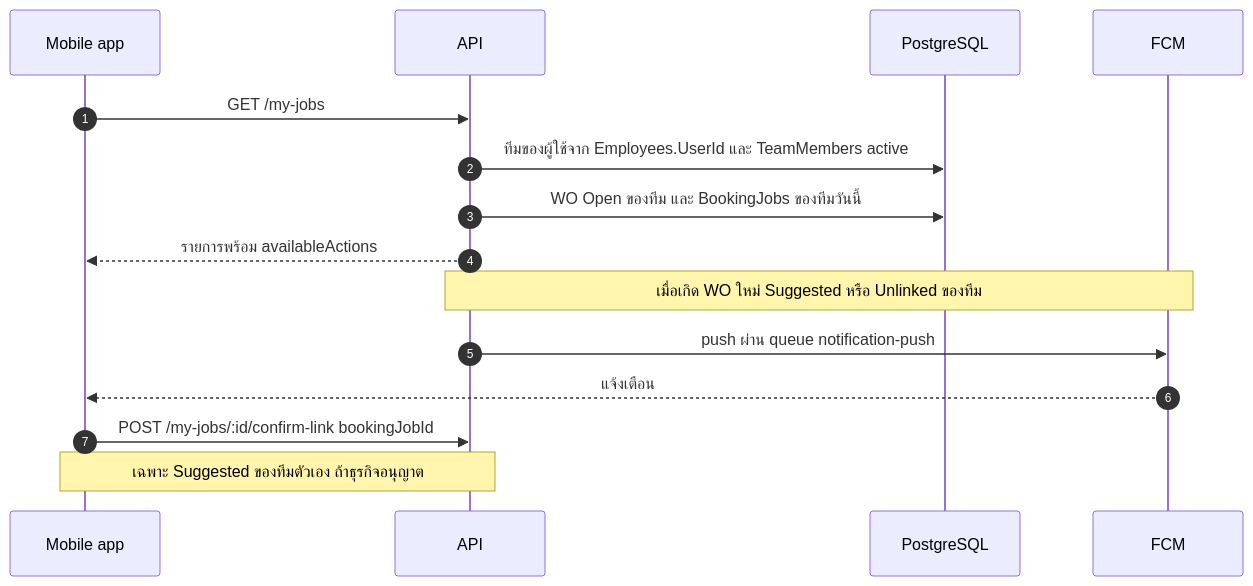
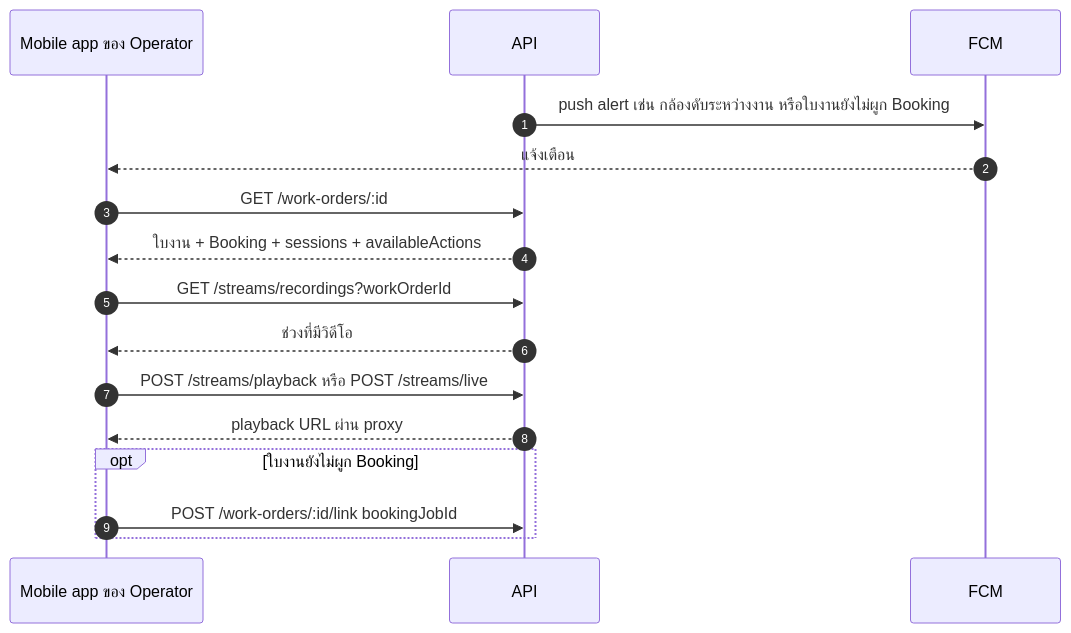
One commit to b-werayut/psd-bodycam-v1.0 changed diagram 12 of 12 in docs/blueprint/03-business-workflows.md. Above: the diagram before and after it, drawn with Mermaid. The commit also changed other lines of this file and 8 other files, not shown here.

````diff
--- a/docs/blueprint/03-business-workflows.md
+++ b/docs/blueprint/03-business-workflows.md
@@ -457,18 +483,19 @@
 ```mermaid
 sequenceDiagram
   autonumber
-  participant APP as Mobile app
+  participant APP as Mobile app ของ Operator
   participant API as API
-  participant DB as PostgreSQL
   participant FCM as FCM
 
-  APP->>API: GET /my-jobs
-  API->>DB: ทีมของผู้ใช้จาก Employees.UserId และ TeamMembers active
-  API->>DB: WO Open ของทีม และ BookingJobs ของทีมวันนี้
-  API-->>APP: รายการพร้อม availableActions
-  Note over API,FCM: เมื่อเกิด WO ใหม่ Suggested หรือ Unlinked ของทีม
-  API->>FCM: push ผ่าน queue notification-push
+  API->>FCM: push alert เช่น กล้องดับระหว่างงาน หรือใบงานยังไม่ผูก Booking
   FCM-->>APP: แจ้งเตือน
-  APP->>API: POST /my-jobs/:id/confirm-link bookingJobId
-  Note over APP,API: เฉพาะ Suggested ของทีมตัวเอง ถ้าธุรกิจอนุญาต
+  APP->>API: GET /work-orders/:id
+  API-->>APP: ใบงาน + Booking + sessions + availableActions
+  APP->>API: GET /streams/recordings?workOrderId
+  API-->>APP: ช่วงที่มีวิดีโอ
+  APP->>API: POST /streams/playback หรือ POST /streams/live
+  API-->>APP: playback URL ผ่าน proxy
+  opt ใบงานยังไม่ผูก Booking
+    APP->>API: POST /work-orders/:id/link bookingJobId
+  end
 ```
````
